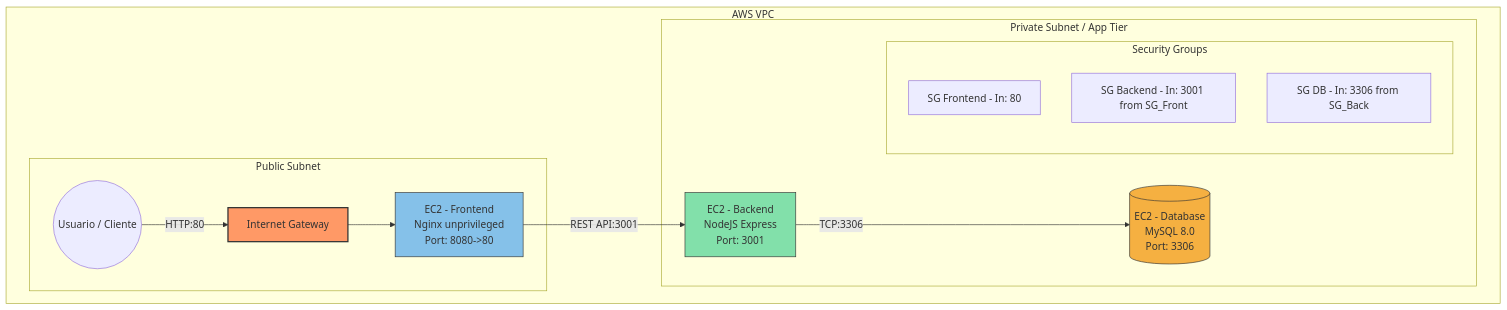
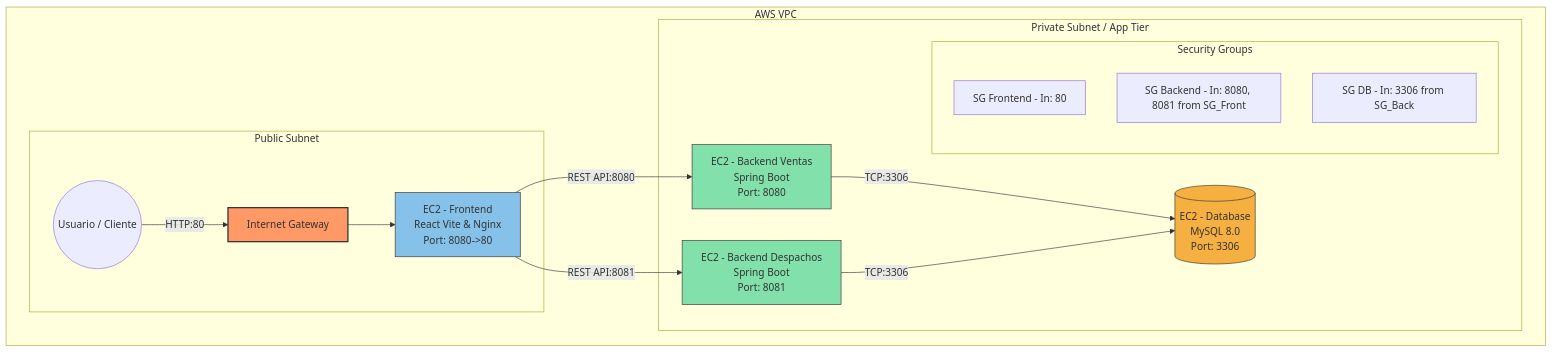
Before and after one commit to jeffplop/test_aws_grav: the diagram in Entrega-Final-EP2/evidencias/diagramas/1-arquitectura-aws.mmd, drawn with Mermaid. The commit also changed 9 other files, not shown here.

Commit message:
docs: actualizar diagramas mermaid y png a 4 microservicios java

```diff
--- a/Entrega-Final-EP2/evidencias/diagramas/1-arquitectura-aws.mmd
+++ b/Entrega-Final-EP2/evidencias/diagramas/1-arquitectura-aws.mmd
@@ -1,23 +1,26 @@
 graph TD
     subgraph AWS VPC
         subgraph Public Subnet
             IGW[Internet Gateway]
             Usuario((Usuario / Cliente)) -->|HTTP:80| IGW
-            IGW --> Frontend[EC2 - Frontend<br/>Nginx unprivileged<br/>Port: 8080->80]
+            IGW --> Frontend[EC2 - Frontend<br/>React Vite & Nginx<br/>Port: 8080->80]
         end
         subgraph Private Subnet / App Tier
-            Frontend -->|REST API:3001| Backend[EC2 - Backend<br/>NodeJS Express<br/>Port: 3001]
-            Backend -->|TCP:3306| DB[(EC2 - Database<br/>MySQL 8.0<br/>Port: 3306)]
+            Frontend -->|REST API:8080| Ventas[EC2 - Backend Ventas<br/>Spring Boot<br/>Port: 8080]
+            Frontend -->|REST API:8081| Despachos[EC2 - Backend Despachos<br/>Spring Boot<br/>Port: 8081]
+            Ventas -->|TCP:3306| DB[(EC2 - Database<br/>MySQL 8.0<br/>Port: 3306)]
+            Despachos -->|TCP:3306| DB
             
             subgraph Security Groups
                 SG_Front[SG Frontend - In: 80]
-                SG_Back[SG Backend - In: 3001 from SG_Front]
+                SG_Back[SG Backend - In: 8080, 8081 from SG_Front]
                 SG_DB[SG DB - In: 3306 from SG_Back]
             end
         end
     end
     
     style IGW fill:#f96,stroke:#333,stroke-width:2px
     style Frontend fill:#85C1E9,stroke:#333
-    style Backend fill:#82E0AA,stroke:#333
+    style Ventas fill:#82E0AA,stroke:#333
+    style Despachos fill:#82E0AA,stroke:#333
     style DB fill:#F5B041,stroke:#333
```
